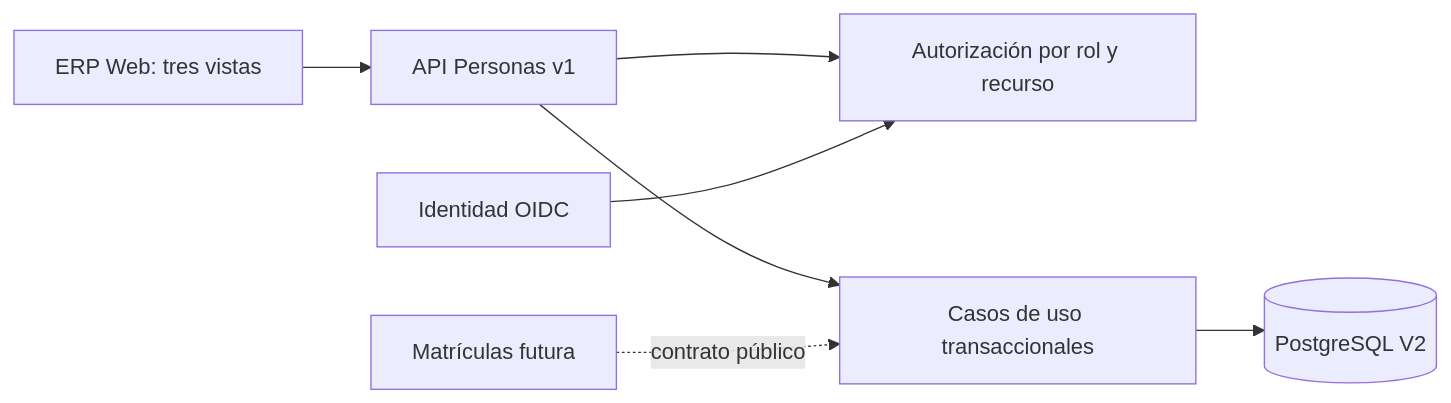
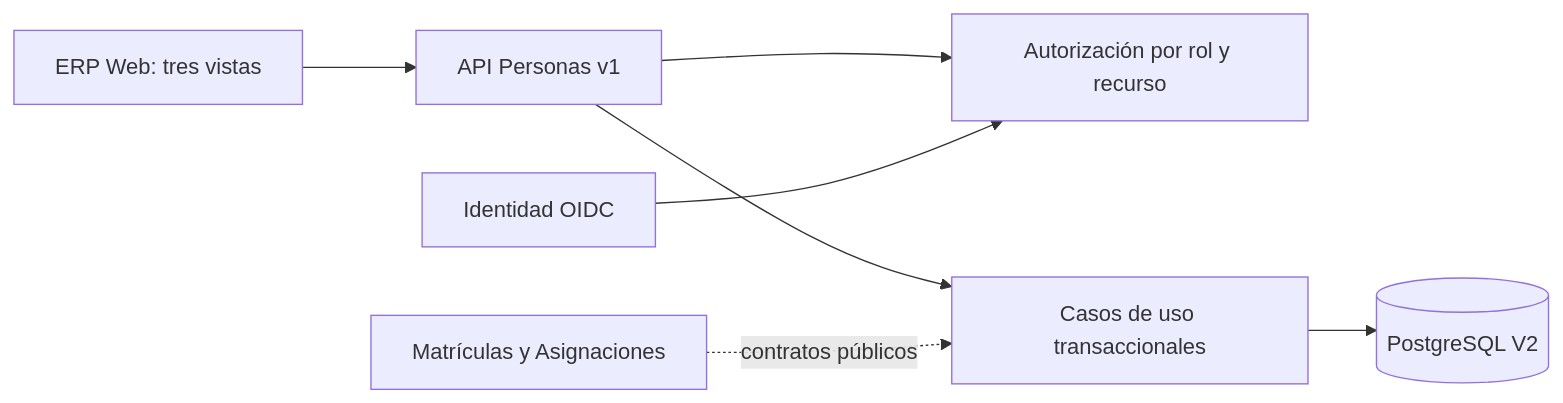
The diagram in docs/erp/modulos/personas/ARQUITECTURA.md (CuevaBenjamin-dev/boston-aula-virtual), drawn with Mermaid before and after one commit. The commit also changed other lines of this file and 54 other files, not shown here.

````diff
--- a/docs/erp/modulos/personas/ARQUITECTURA.md
+++ b/docs/erp/modulos/personas/ARQUITECTURA.md
@@ -37,9 +37,9 @@
 ```mermaid
 flowchart LR
   W[ERP Web: tres vistas] --> A[API Personas v1]
   A --> S[Autorización por rol y recurso]
   A --> C[Casos de uso transaccionales]
   C --> P[(PostgreSQL V2)]
-  M[Matrículas futura] -. contrato público .-> C
+  M[Matrículas y Asignaciones] -. contratos públicos .-> C
   I[Identidad OIDC] --> S
 ```
````
